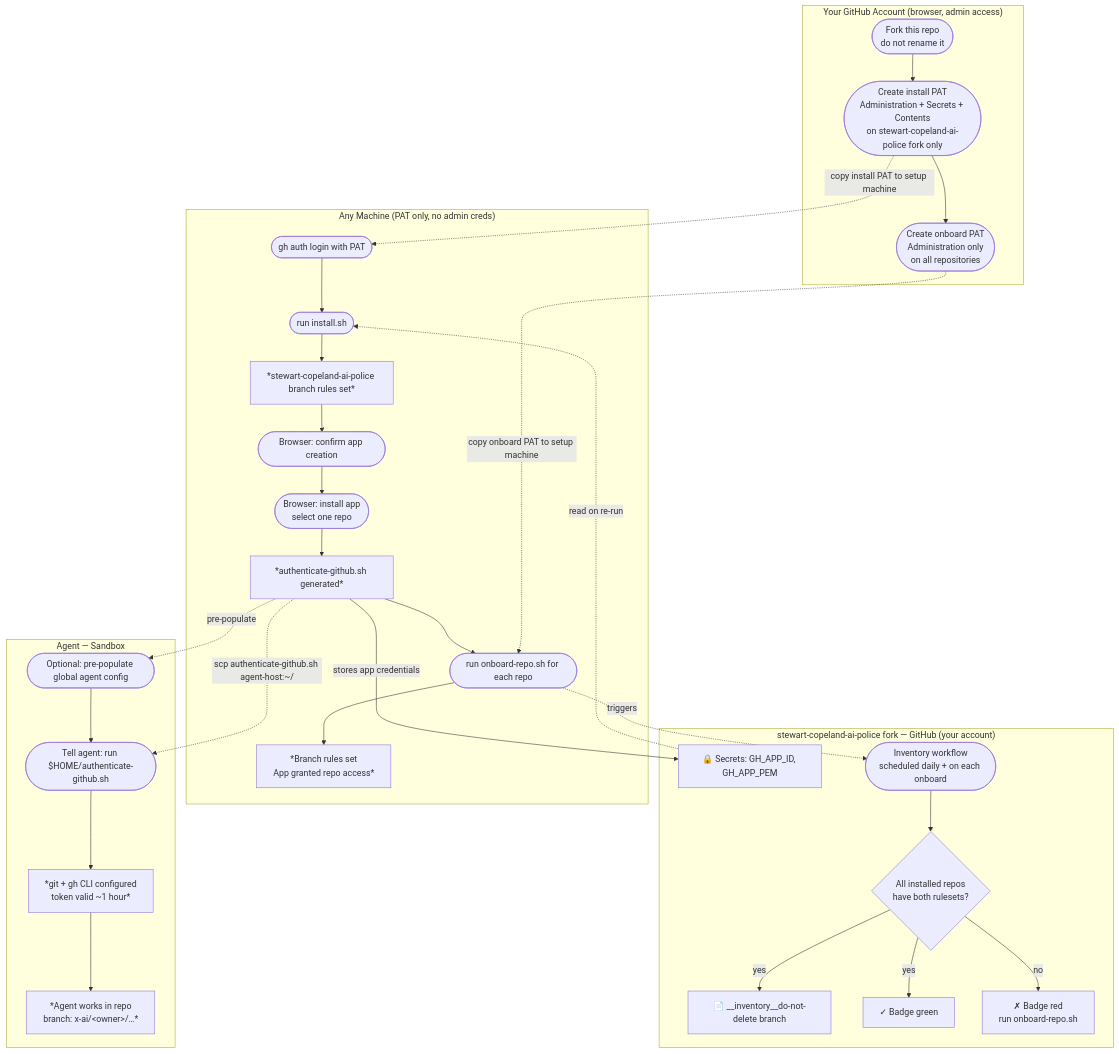
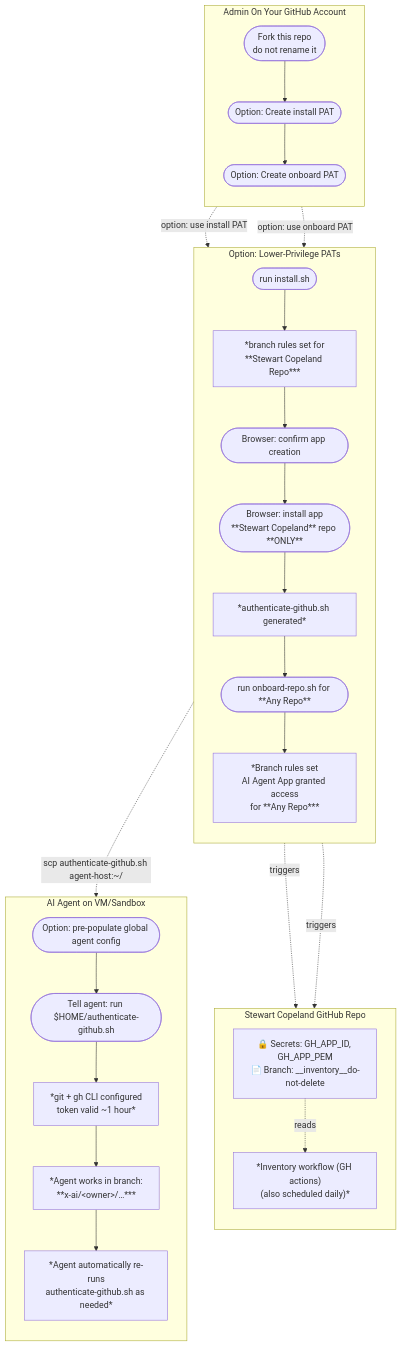
The diagram in README.md (ardentperf/agent-github-access), drawn with Mermaid before and after one commit. The commit also changed other lines of this file and 3 other files, not shown here.

````diff
--- a/README.md
+++ b/README.md
@@ -23,55 +95,50 @@
 ```mermaid
 flowchart TD
-    subgraph admin["Your GitHub Account (browser, admin access)"]
+    subgraph admin["Admin On Your GitHub Account"]
+        direction TD
         F(["Fork this repo
 do not rename it"]) --> P1
-        P1(["Create install PAT
-Administration + Secrets + Contents
-on stewart-copeland-ai-police fork only"]) --> P2
-        P2(["Create onboard PAT
-Administration only
-on all repositories"])
+        P1(["Option: Create install PAT"]) --> P2
+        P2(["Option: Create onboard PAT"])
     end
 
-    subgraph fork["stewart-copeland-ai-police fork — GitHub (your account)"]
-        SEC["🔒 Secrets: GH_APP_ID, GH_APP_PEM"]
-        INV["📄 __inventory__do-not-delete branch"]
-        AU(["Inventory workflow
-scheduled daily + on each onboard"])
-        AU --> AUC{"All installed repos
-have both rulesets?"}
-        AUC -->|"yes"| AUP["✓ Badge green"]
-        AUC -->|"no"| AUF["✗ Badge red
-run onboard-repo.sh"]
-        AUC -->|"yes"| INV
+    subgraph fork["Stewart Copeland GitHub Repo"]
+        direction TD
+        SEC["🔒 Secrets: GH_APP_ID, GH_APP_PEM
+📄 Branch: __inventory__do-not-delete"]
+        SEC -.->|"reads"| AU["*Inventory workflow (GH actions)
+(also scheduled daily)*"]
     end
 
-    subgraph setup["Any Machine (PAT only, no admin creds)"]
-        A(["gh auth login with PAT"]) --> B(["run install.sh"])
-        B --> BF["*stewart-copeland-ai-police branch rules set*"]
+    subgraph setup["Option: Lower-Privilege PATs"]
+        direction TD
+        B(["run install.sh"]) --> BF["*branch rules set for
+**Stewart Copeland Repo***"]
         BF --> C(["Browser: confirm app creation"])
         C --> D(["Browser: install app
-select one repo"])
+**Stewart Copeland** repo **ONLY**"])
         D --> E["*authenticate-github.sh generated*"]
-        E --> R(["run onboard-repo.sh for each repo"])
+        E --> R(["run onboard-repo.sh for **Any Repo**"])
         R --> H["*Branch rules set
-App granted repo access*"]
+AI Agent App granted access
+for **Any Repo***"]
     end
 
-    subgraph agent["Agent — Sandbox"]
-        G(["Optional: pre-populate global agent config"])
+    subgraph agent["AI Agent on VM/Sandbox"]
+        direction TD
+        G(["Option: pre-populate global agent config"])
         G --> I(["Tell agent: run $HOME/authenticate-github.sh"])
         I --> J["*git + gh CLI configured
 token valid ~1 hour*"]
-        J --> K["*Agent works in repo
-branch: x-ai/&lt;owner&gt;/…*"]
+        J --> K["*Agent works in branch:
+**x-ai/&lt;owner&gt;/…***"]
+        K --> L["*Agent automatically re-runs
+authenticate-github.sh as needed*"]
     end
 
-    P1 -.->|"copy install PAT to setup machine"| A
-    P2 -.->|"copy onboard PAT to setup machine"| R
-    E -->|"stores app credentials"| SEC
-    SEC -.->|"read on re-run"| B
+    P1 -.->|"option: use install PAT"| B
+    P2 -.->|"option: use onboard PAT"| R
     E -.->|"scp authenticate-github.sh agent-host:~/"| I
-    E -.->|"pre-populate"| G
+    E -.->|"triggers"| AU
     R -.->|"triggers"| AU
 ```
````
